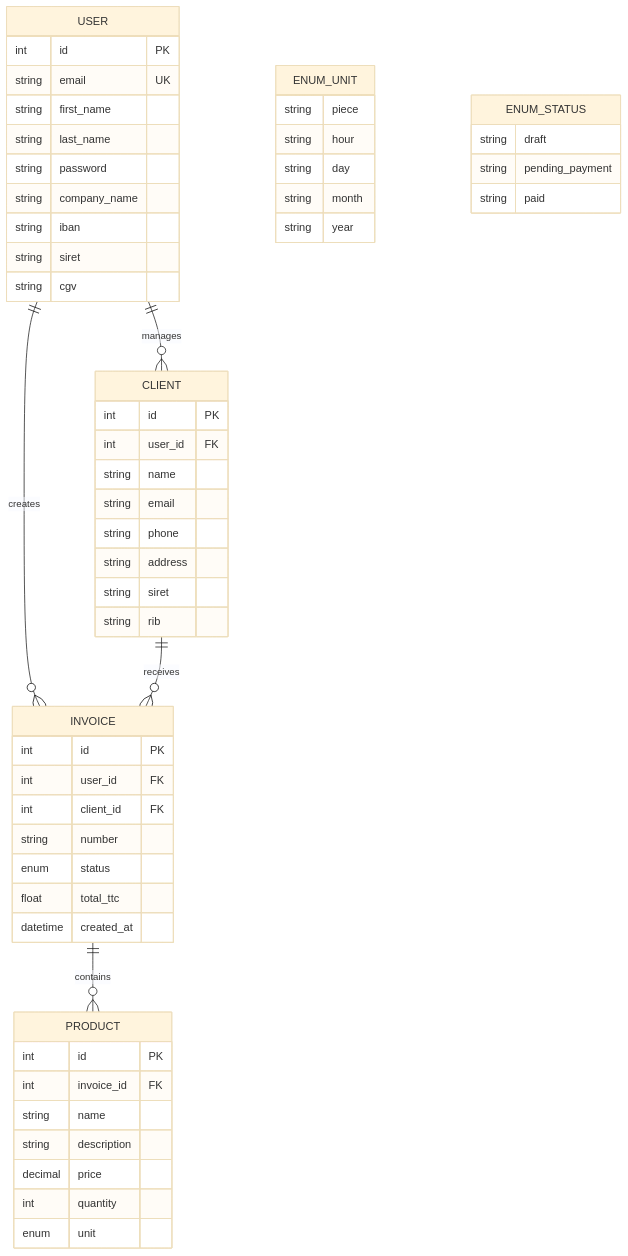
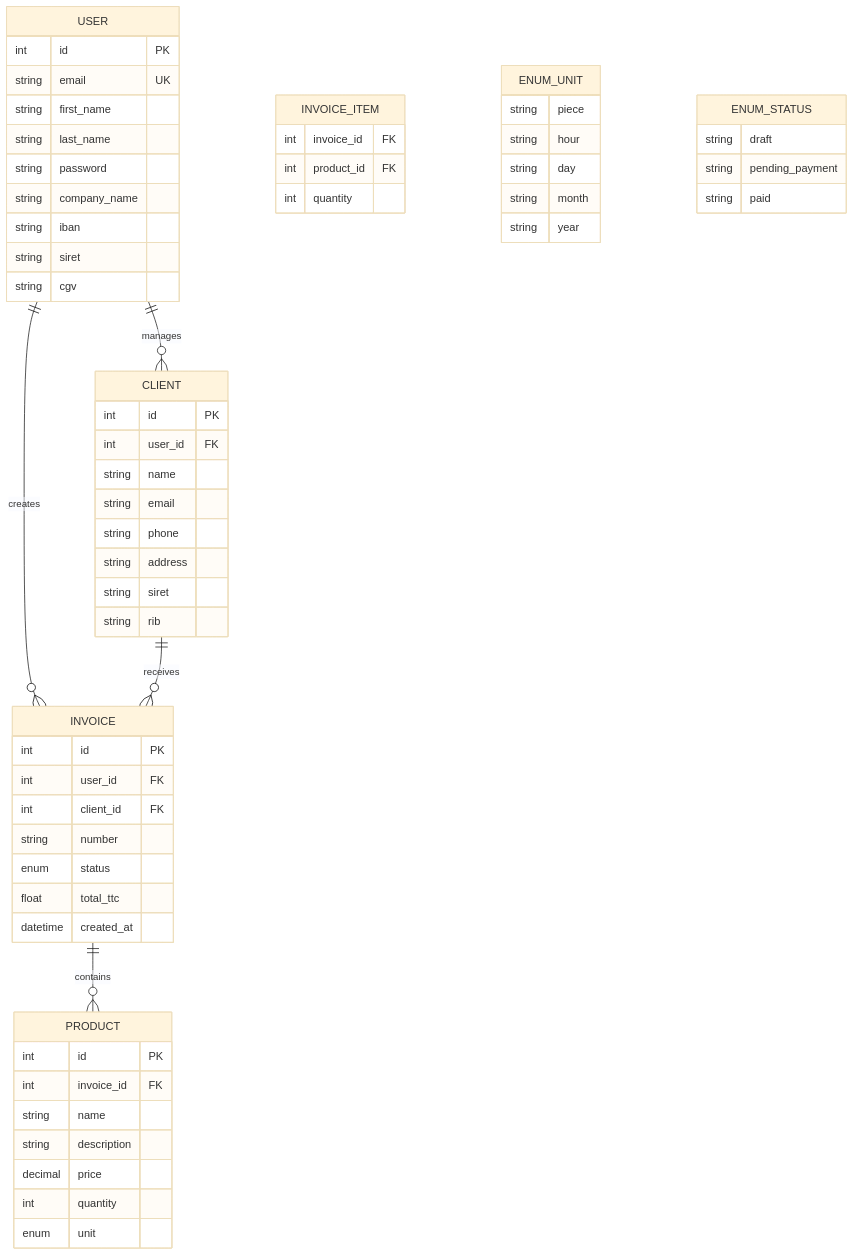
One commit to CHAOUCHI/cdpi-dwwm changed the diagram in Phase 3 - Symfony Docker et Test/Symfony/Projets/2. SaaSFacturation/uml.md. Above: the diagram before and after it, drawn with Mermaid (base theme). The commit also changed 1 other file, not shown here.

Commit message:
update mant to many

````diff
--- a/Phase 3 - Symfony Docker et Test/Symfony/Projets/2. SaaSFacturation/uml.md
+++ b/Phase 3 - Symfony Docker et Test/Symfony/Projets/2. SaaSFacturation/uml.md
@@ -2,60 +2,65 @@
 ```mermaid
 erDiagram
 USER ||--o{ INVOICE : creates
 USER ||--o{ CLIENT : manages
 CLIENT ||--o{ INVOICE : receives
 INVOICE ||--o{ PRODUCT : contains
 INVOICE {
     int id PK
     int user_id FK
     int client_id FK
     string number
     enum status
     float total_ttc
     datetime created_at
+}
+INVOICE_ITEM {
+    int invoice_id FK
+    int product_id FK
+    int quantity
 }
 USER {
     int id PK
     string email UK
     string first_name
     string last_name
     string password
     string company_name
     string iban
     string siret
     string cgv
 }
 CLIENT {
     int id PK
     int user_id FK
     string name
     string email
     string phone
     string address
     string siret
     string rib
 }
 PRODUCT {
     int id PK
     int invoice_id FK
     string name
     string description
     decimal price
     int quantity
     enum unit 
 }
 
 ENUM_UNIT {
     string piece
     string hour
     string day
     string month
     string year
 }
 
 ENUM_STATUS {
     string draft
     string pending_payment
     string paid
 }
 ```
````
